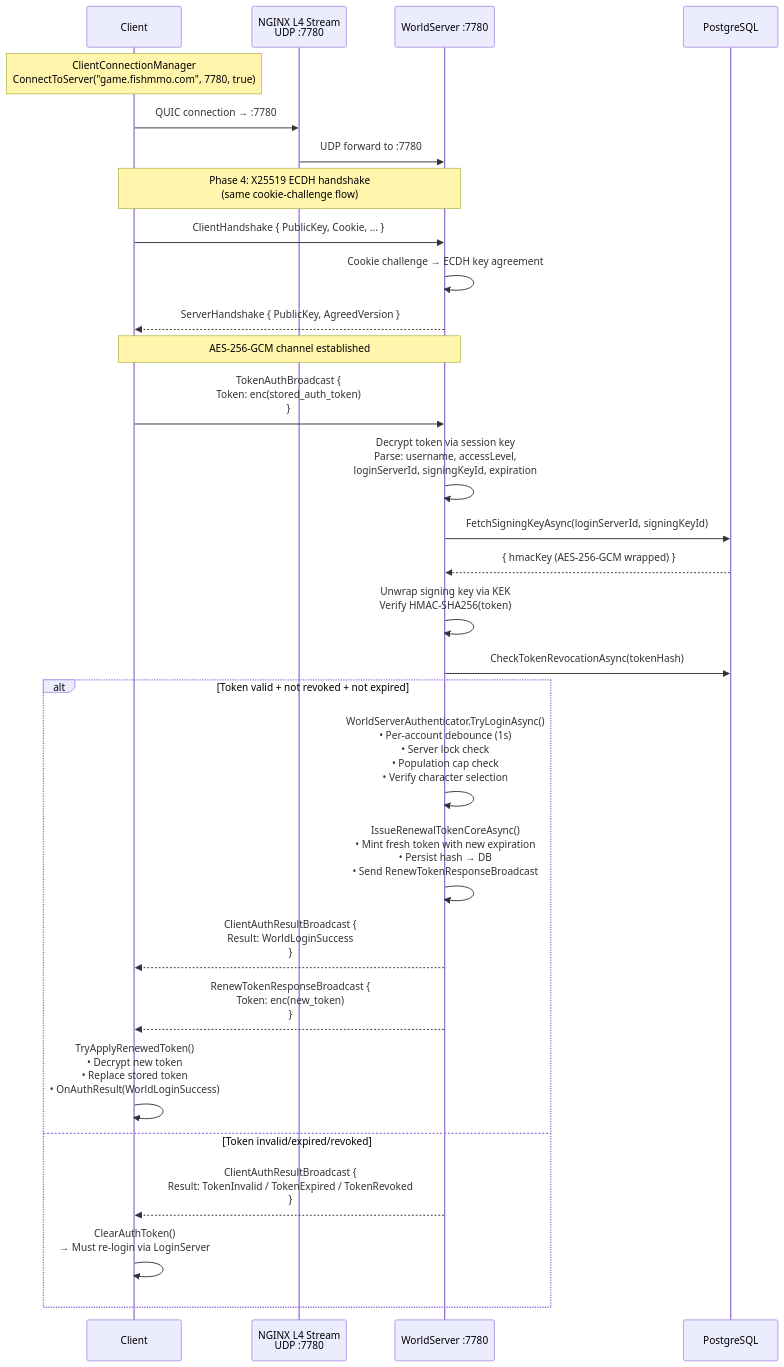
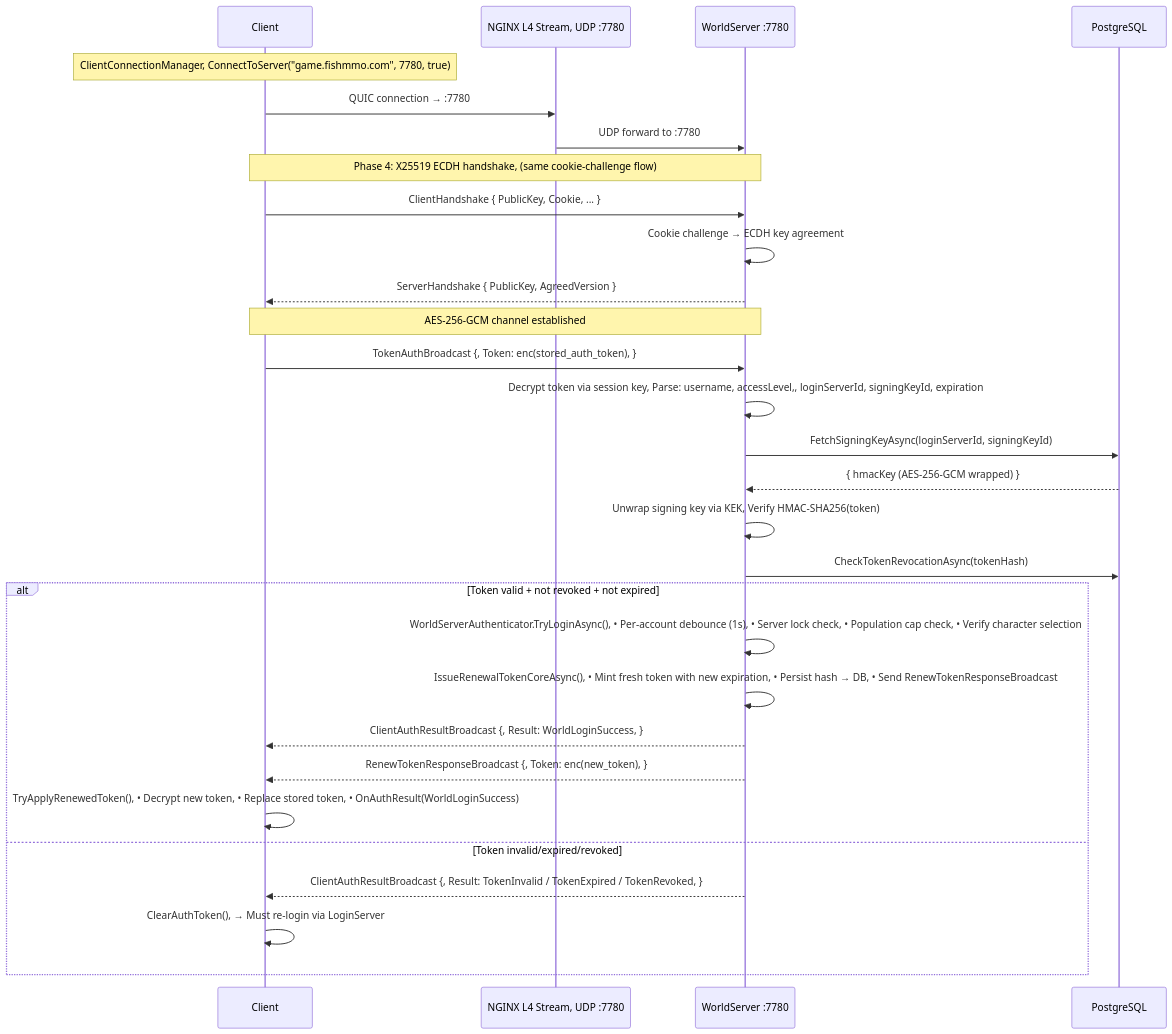
The eighth of 11 diagrams in CONNECTION_PIPELINE.md (jimdroberts/FishMMO), drawn with Mermaid before and after one commit. The commit also changed other lines of this file, not shown here.

````diff
--- a/CONNECTION_PIPELINE.md
+++ b/CONNECTION_PIPELINE.md
@@ -360,45 +360,45 @@
 ```mermaid
 sequenceDiagram
     participant Client as Client
-    participant NGINX as NGINX L4 Stream<br/>UDP :7780
+    participant NGINX as NGINX L4 Stream, UDP :7780
     participant World as WorldServer :7780
     participant DB as PostgreSQL
 
-    Note over Client: ClientConnectionManager<br/>ConnectToServer("game.fishmmo.com", 7780, true)
+    Note over Client: ClientConnectionManager, ConnectToServer("game.fishmmo.com", 7780, true)
 
     Client->>NGINX: QUIC connection → :7780
     NGINX->>World: UDP forward to :7780
 
-    Note over Client,World: Phase 4: X25519 ECDH handshake<br/>(same cookie-challenge flow)
+    Note over Client,World: Phase 4: X25519 ECDH handshake, (same cookie-challenge flow)
 
     Client->>World: ClientHandshake { PublicKey, Cookie, ... }
 
     World->>World: Cookie challenge → ECDH key agreement
     World-->>Client: ServerHandshake { PublicKey, AgreedVersion }
 
     Note over Client,World: AES-256-GCM channel established
 
-    Client->>World: TokenAuthBroadcast {<br/>  Token: enc(stored_auth_token)<br/>}
+    Client->>World: TokenAuthBroadcast {,   Token: enc(stored_auth_token), }
 
-    World->>World: Decrypt token via session key<br/>Parse: username, accessLevel,<br/>  loginServerId, signingKeyId, expiration
+    World->>World: Decrypt token via session key, Parse: username, accessLevel,,   loginServerId, signingKeyId, expiration
 
     World->>DB: FetchSigningKeyAsync(loginServerId, signingKeyId)
     DB-->>World: { hmacKey (AES-256-GCM wrapped) }
 
-    World->>World: Unwrap signing key via KEK<br/>Verify HMAC-SHA256(token)
+    World->>World: Unwrap signing key via KEK, Verify HMAC-SHA256(token)
     World->>DB: CheckTokenRevocationAsync(tokenHash)
 
     alt Token valid + not revoked + not expired
-        World->>World: WorldServerAuthenticator.TryLoginAsync()<br/>• Per-account debounce (1s)<br/>• Server lock check<br/>• Population cap check<br/>• Verify character selection
+        World->>World: WorldServerAuthenticator.TryLoginAsync(), • Per-account debounce (1s), • Server lock check, • Population cap check, • Verify character selection
 
-        World->>World: IssueRenewalTokenCoreAsync()<br/>• Mint fresh token with new expiration<br/>• Persist hash → DB<br/>• Send RenewTokenResponseBroadcast
+        World->>World: IssueRenewalTokenCoreAsync(), • Mint fresh token with new expiration, • Persist hash → DB, • Send RenewTokenResponseBroadcast
 
-        World-->>Client: ClientAuthResultBroadcast {<br/>  Result: WorldLoginSuccess<br/>}
-        World-->>Client: RenewTokenResponseBroadcast {<br/>  Token: enc(new_token)<br/>}
+        World-->>Client: ClientAuthResultBroadcast {,   Result: WorldLoginSuccess, }
+        World-->>Client: RenewTokenResponseBroadcast {,   Token: enc(new_token), }
 
-        Client->>Client: TryApplyRenewedToken()<br/>• Decrypt new token<br/>• Replace stored token<br/>• OnAuthResult(WorldLoginSuccess)
+        Client->>Client: TryApplyRenewedToken(), • Decrypt new token, • Replace stored token, • OnAuthResult(WorldLoginSuccess)
     else Token invalid/expired/revoked
-        World-->>Client: ClientAuthResultBroadcast {<br/>  Result: TokenInvalid / TokenExpired / TokenRevoked<br/>}
-        Client->>Client: ClearAuthToken()<br/>→ Must re-login via LoginServer
+        World-->>Client: ClientAuthResultBroadcast {,   Result: TokenInvalid / TokenExpired / TokenRevoked, }
+        Client->>Client: ClearAuthToken(), → Must re-login via LoginServer
     end
 ```
````
